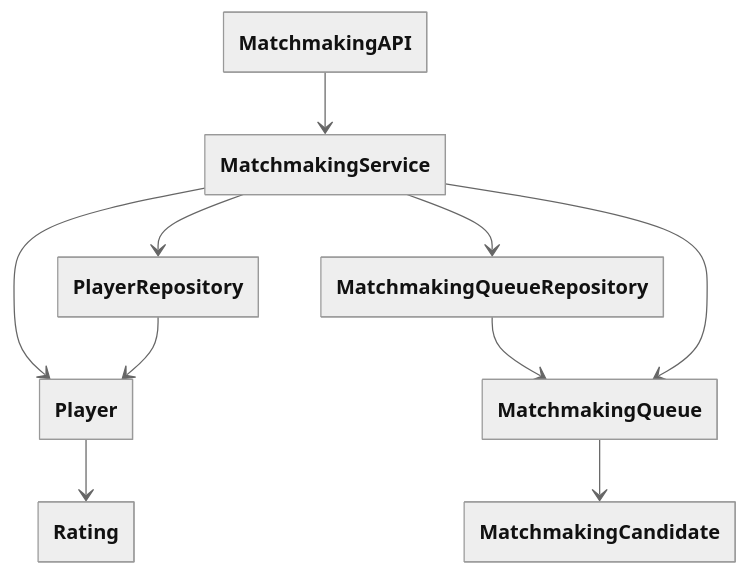
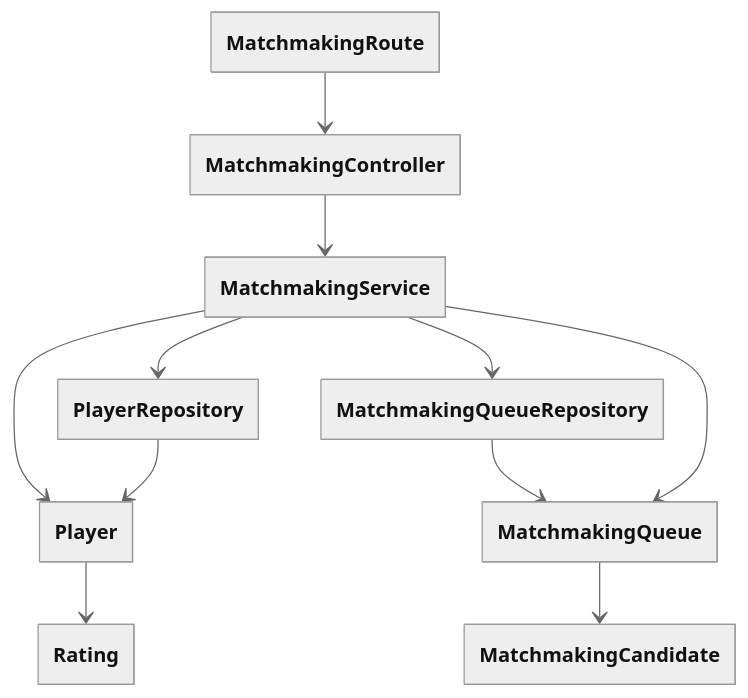
The fifth of 6 diagrams in docs/report.md (AndreaB2000/ASW-project), drawn with Mermaid (neutral theme) before and after one commit. The commit also changed other lines of this file, not shown here.

Commit message:
docs: add matchmaking algorithm to report

````diff
--- a/docs/report.md
+++ b/docs/report.md
@@ -437,27 +458,29 @@
 ```mermaid
 ---
   config:
     class:
       hideEmptyMembersBox: true
 ---
 
 classDiagram
-    class MatchmakingAPI
+    class MatchmakingRoute
+    class MatchmakingController
     class MatchmakingService
     class Player
     class Rating
     class PlayerRepository
     class MatchmakingQueueRepository
     class MatchmakingQueue
     class MatchmakingCandidate
 
-    MatchmakingAPI --> MatchmakingService
+    MatchmakingRoute --> MatchmakingController
+    MatchmakingController --> MatchmakingService
     MatchmakingService --> Player
     MatchmakingService --> PlayerRepository
     PlayerRepository --> Player
     Player --> Rating
     MatchmakingService --> MatchmakingQueueRepository
     MatchmakingQueueRepository --> MatchmakingQueue
     MatchmakingService --> MatchmakingQueue
     MatchmakingQueue --> MatchmakingCandidate
 ```
````
